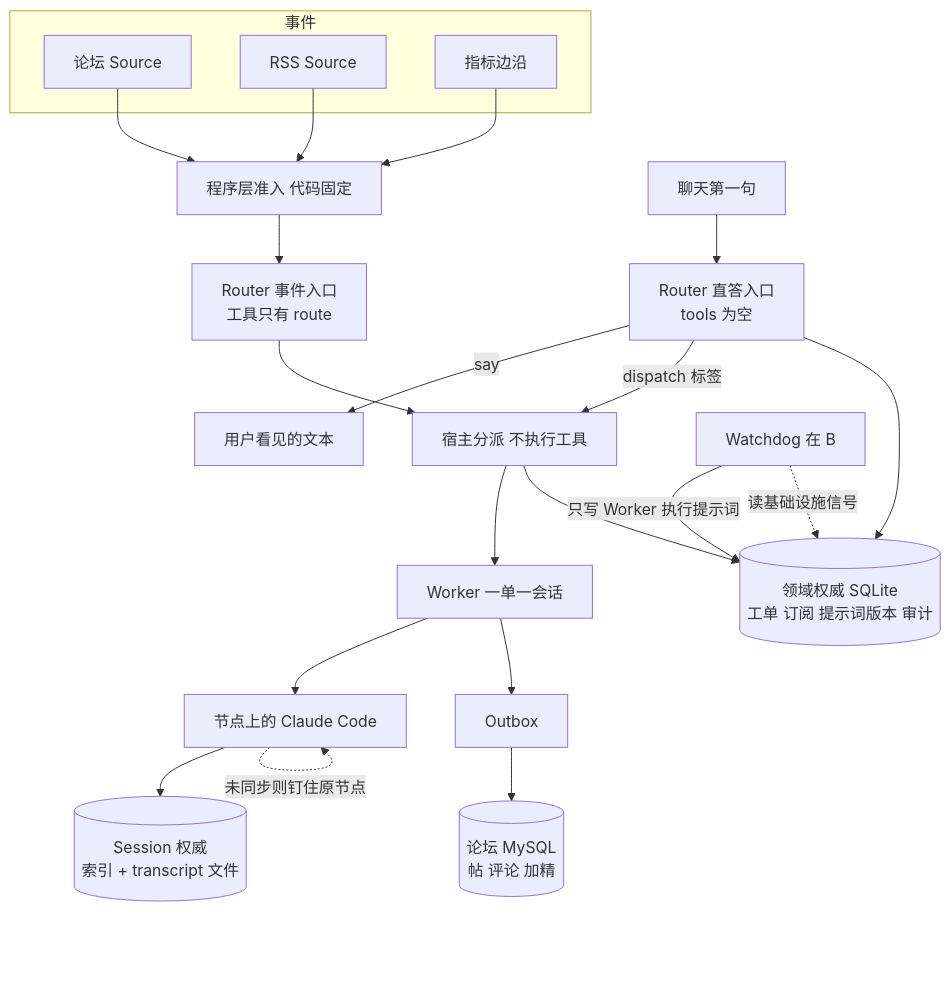
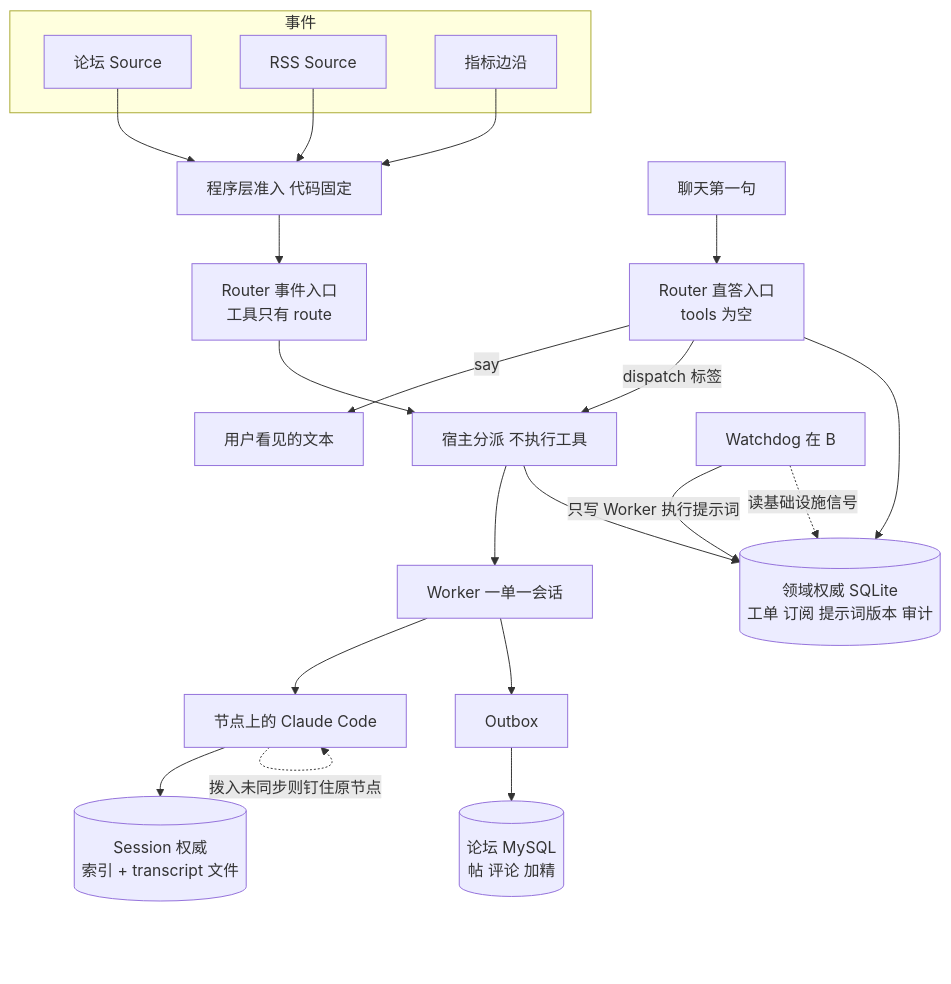
One commit to QvQ-Qiu/skein changed the first of 2 diagrams in docs/architecture.md. Above: the diagram before and after it, drawn with Mermaid. The commit also changed other lines of this file, not shown here.

````diff
--- a/docs/architecture.md
+++ b/docs/architecture.md
@@ -16,27 +12,27 @@
 ```mermaid
 flowchart TB
   subgraph src [事件]
     forum[论坛 Source]
     rss[RSS Source]
     edge[指标边沿]
   end
   gate[程序层准入 代码固定]
   forum --> gate
   rss --> gate
   edge --> gate
   gate --> ev["Router 事件入口<br/>工具只有 route"]
   chat[聊天第一句] --> direct["Router 直答入口<br/>tools 为空"]
   direct -->|say| user[用户看见的文本]
   direct -->|dispatch 标签| host[宿主分派 不执行工具]
   ev --> host
   host --> wk[Worker 一单一会话]
   wk --> cc[节点上的 Claude Code]
   cc --> blob[("Session 权威<br/>索引 + transcript 文件")]
   host --> dom[("领域权威 SQLite<br/>工单 订阅 提示词版本 审计")]
   direct --> dom
   wk --> out[Outbox]
   out --> mysql[("论坛 MySQL<br/>帖 评论 加精")]
   wd[Watchdog 在 B] -->|只写 Worker 执行提示词| dom
   wd -.->|读基础设施信号| dom
-  cc -. 未同步则钉住原节点 .-> cc
+  cc -. 拨入未同步则钉住原节点 .-> cc
 ```
````
